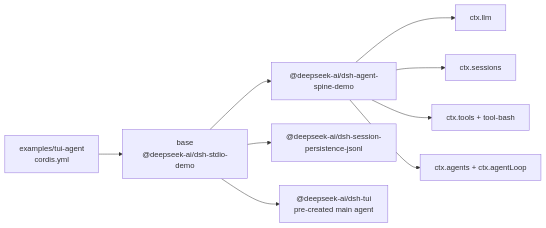
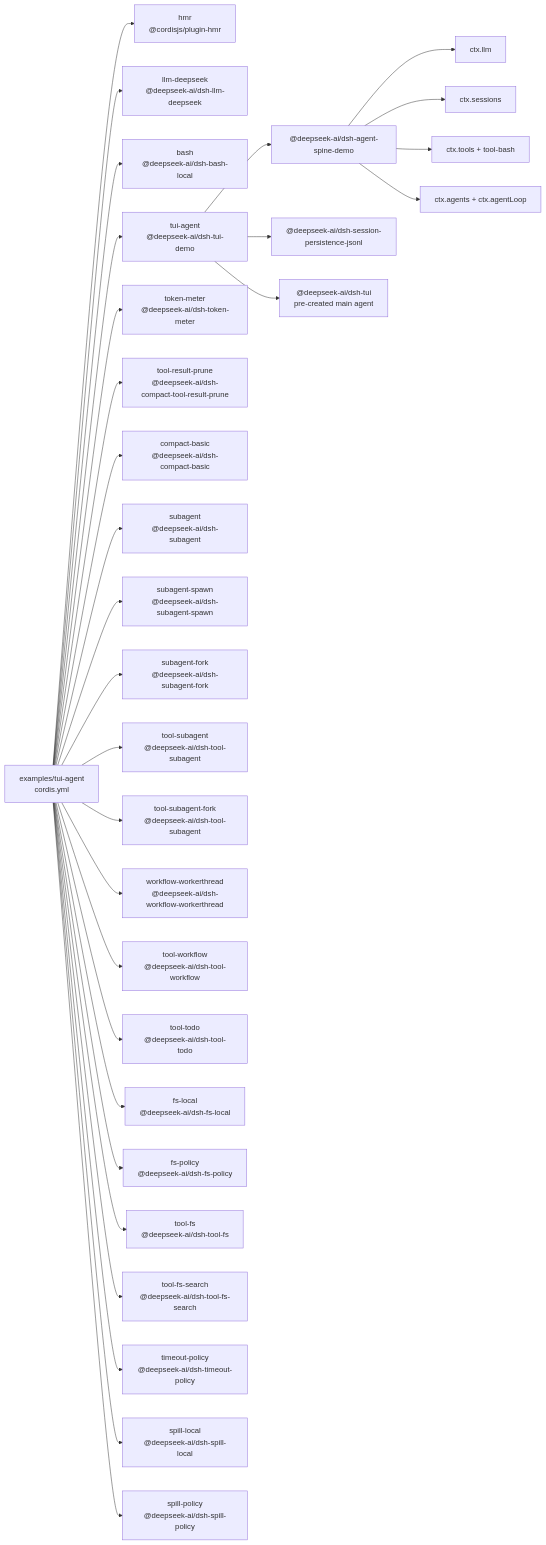
The diagram in examples/tui-agent/composition.md (eru123/coco-harness), drawn with Mermaid before and after one commit. The commit also changed other lines of this file and 174 other files, not shown here.

First line of the commit message:
Merge pull request #441 from deepseek-harness/codex/remove-stdio-agent

````diff
--- a/examples/tui-agent/composition.md
+++ b/examples/tui-agent/composition.md
@@ -8,13 +8,55 @@
 ```mermaid
 flowchart LR
   cfg["examples/tui-agent<br/>cordis.yml"]
-  plugin_tui_base["base<br/>@deepseek-ai/dsh-stdio-demo"]
-  cfg --> plugin_tui_base
-  plugin_tui_base --> bundle_agent_core["@deepseek-ai/dsh-agent-spine-demo"]
-  plugin_tui_base --> bundle_jsonl["@deepseek-ai/dsh-session-persistence-jsonl"]
-  plugin_tui_base --> frontdoor_stdio["@deepseek-ai/dsh-tui<br/>pre-created main agent"]
+  plugin_tui_hmr["hmr<br/>@cordisjs/plugin-hmr"]
+  cfg --> plugin_tui_hmr
+  plugin_tui_llm_deepseek["llm-deepseek<br/>@deepseek-ai/dsh-llm-deepseek"]
+  cfg --> plugin_tui_llm_deepseek
+  plugin_tui_bash["bash<br/>@deepseek-ai/dsh-bash-local"]
+  cfg --> plugin_tui_bash
+  plugin_tui_tui_agent["tui-agent<br/>@deepseek-ai/dsh-tui-demo"]
+  cfg --> plugin_tui_tui_agent
+  plugin_tui_tui_agent --> bundle_agent_core["@deepseek-ai/dsh-agent-spine-demo"]
+  plugin_tui_tui_agent --> bundle_jsonl["@deepseek-ai/dsh-session-persistence-jsonl"]
+  plugin_tui_tui_agent --> frontdoor_tui["@deepseek-ai/dsh-tui<br/>pre-created main agent"]
   bundle_agent_core --> spine_llm["ctx.llm"]
   bundle_agent_core --> spine_sessions["ctx.sessions"]
   bundle_agent_core --> spine_tools["ctx.tools + tool-bash"]
   bundle_agent_core --> spine_loop["ctx.agents + ctx.agentLoop"]
+  plugin_tui_token_meter["token-meter<br/>@deepseek-ai/dsh-token-meter"]
+  cfg --> plugin_tui_token_meter
+  plugin_tui_tool_result_prune["tool-result-prune<br/>@deepseek-ai/dsh-compact-tool-result-prune"]
+  cfg --> plugin_tui_tool_result_prune
+  plugin_tui_compact_basic["compact-basic<br/>@deepseek-ai/dsh-compact-basic"]
+  cfg --> plugin_tui_compact_basic
+  plugin_tui_subagent["subagent<br/>@deepseek-ai/dsh-subagent"]
+  cfg --> plugin_tui_subagent
+  plugin_tui_subagent_spawn["subagent-spawn<br/>@deepseek-ai/dsh-subagent-spawn"]
+  cfg --> plugin_tui_subagent_spawn
+  plugin_tui_subagent_fork["subagent-fork<br/>@deepseek-ai/dsh-subagent-fork"]
+  cfg --> plugin_tui_subagent_fork
+  plugin_tui_tool_subagent["tool-subagent<br/>@deepseek-ai/dsh-tool-subagent"]
+  cfg --> plugin_tui_tool_subagent
+  plugin_tui_tool_subagent_fork["tool-subagent-fork<br/>@deepseek-ai/dsh-tool-subagent"]
+  cfg --> plugin_tui_tool_subagent_fork
+  plugin_tui_workflow_workerthread["workflow-workerthread<br/>@deepseek-ai/dsh-workflow-workerthread"]
+  cfg --> plugin_tui_workflow_workerthread
+  plugin_tui_tool_workflow["tool-workflow<br/>@deepseek-ai/dsh-tool-workflow"]
+  cfg --> plugin_tui_tool_workflow
+  plugin_tui_tool_todo["tool-todo<br/>@deepseek-ai/dsh-tool-todo"]
+  cfg --> plugin_tui_tool_todo
+  plugin_tui_fs_local["fs-local<br/>@deepseek-ai/dsh-fs-local"]
+  cfg --> plugin_tui_fs_local
+  plugin_tui_fs_policy["fs-policy<br/>@deepseek-ai/dsh-fs-policy"]
+  cfg --> plugin_tui_fs_policy
+  plugin_tui_tool_fs["tool-fs<br/>@deepseek-ai/dsh-tool-fs"]
+  cfg --> plugin_tui_tool_fs
+  plugin_tui_tool_fs_search["tool-fs-search<br/>@deepseek-ai/dsh-tool-fs-search"]
+  cfg --> plugin_tui_tool_fs_search
+  plugin_tui_timeout_policy["timeout-policy<br/>@deepseek-ai/dsh-timeout-policy"]
+  cfg --> plugin_tui_timeout_policy
+  plugin_tui_spill_local["spill-local<br/>@deepseek-ai/dsh-spill-local"]
+  cfg --> plugin_tui_spill_local
+  plugin_tui_spill_policy["spill-policy<br/>@deepseek-ai/dsh-spill-policy"]
+  cfg --> plugin_tui_spill_policy
 ```
````
